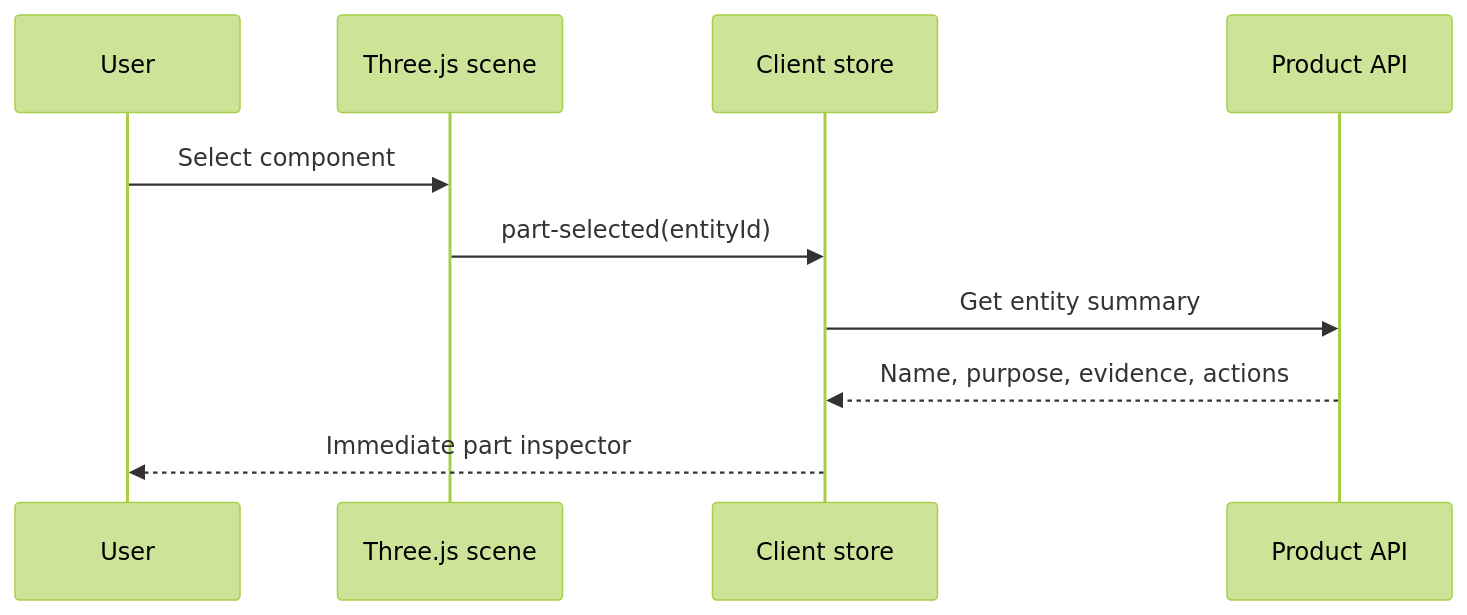
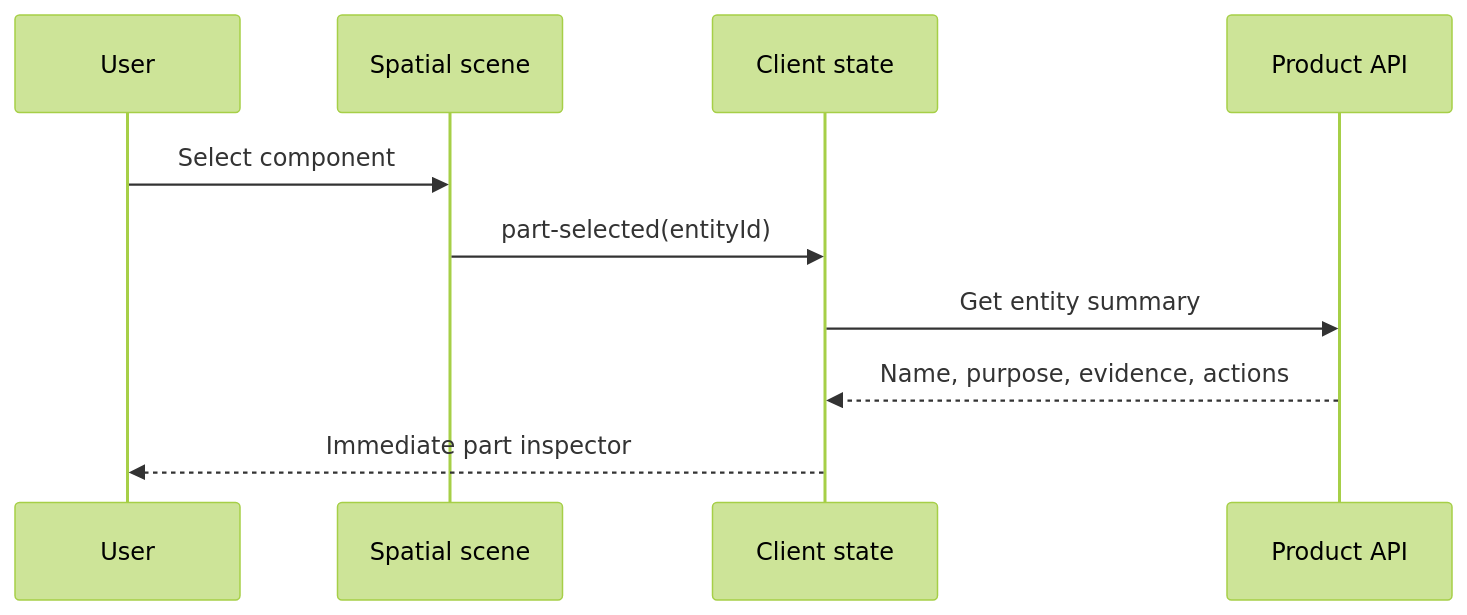
Before and after one commit to hongnoul/prox-challenge: the second of 3 diagrams in ARCHITECTURE.md, drawn with Mermaid (forest theme). The commit also changed other lines of this file and 6 other files, not shown here.

````diff
--- a/ARCHITECTURE.md
+++ b/ARCHITECTURE.md
@@ -538,13 +463,13 @@
 ```mermaid
 sequenceDiagram
     participant U as User
-    participant S as Three.js scene
-    participant C as Client store
+    participant S as Spatial scene
+    participant C as Client state
     participant P as Product API
 
     U->>S: Select component
     S->>C: part-selected(entityId)
     C->>P: Get entity summary
     P-->>C: Name, purpose, evidence, actions
     C-->>U: Immediate part inspector
 ```
````
